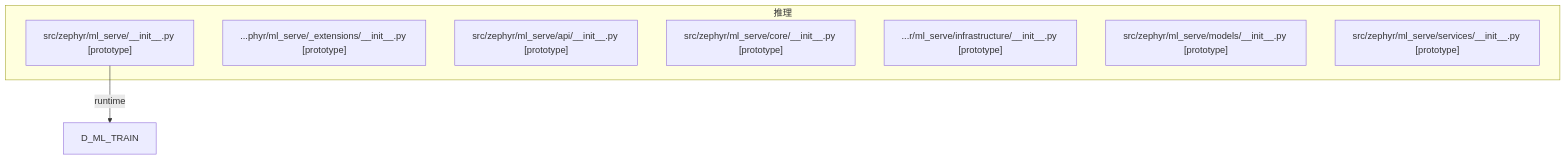
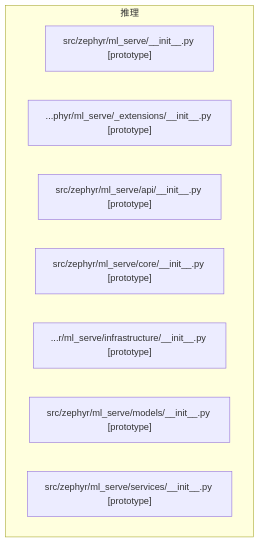
The diagram in docs/02_enterprise_architecture/generated/domains/d_ml_serve_dependency.mmd (xuanFelixVan/ZephyrAlpha), drawn with Mermaid before and after one commit. The commit also changed 126 other files, not shown here.

```diff
--- a/docs/02_enterprise_architecture/generated/domains/d_ml_serve_dependency.mmd
+++ b/docs/02_enterprise_architecture/generated/domains/d_ml_serve_dependency.mmd
@@ -1,30 +1,28 @@
 %% D_ML_SERVE 域全景依赖图
-%% 生成时间: 2026-07-17 15:55:56
+%% 生成时间: 2026-07-17 16:15:25
 %% 数据源: depgraph (PostgreSQL) nodes表 + edges表
-%% 模块数: 7, 依赖边数: 1
+%% 模块数: 7, 依赖边数: 0
 
 graph TD
 
     %% 域内模块（最多显示 100 个）
     subgraph D_ML_SERVE[推理]
         src_zephyr_ml_serve___init___py["src/zephyr/ml_serve/__init__.py [prototype]"]
         src_zephyr_ml_serve__extensions___init___py["...phyr/ml_serve/_extensions/__init__.py [prototype]"]
         src_zephyr_ml_serve_api___init___py["src/zephyr/ml_serve/api/__init__.py [prototype]"]
         src_zephyr_ml_serve_core___init___py["src/zephyr/ml_serve/core/__init__.py [prototype]"]
         src_zephyr_ml_serve_infrastructure___init___py["...r/ml_serve/infrastructure/__init__.py [prototype]"]
         src_zephyr_ml_serve_models___init___py["src/zephyr/ml_serve/models/__init__.py [prototype]"]
         src_zephyr_ml_serve_services___init___py["src/zephyr/ml_serve/services/__init__.py [prototype]"]
     end
 
     %% 域内依赖（最多显示 80 条）
 
     %% 跨域依赖（入）- 最多显示 30 条
 
     %% 跨域依赖（出）- 最多显示 30 条
-    %% D_ML_SERVE -> D_ML_TRAIN (1 条)
-    src_zephyr_ml_serve___init___py -->|runtime| D_ML_TRAIN[D_ML_TRAIN]
 
     %% 统计
     %% 域内依赖: 0 条
     %% 跨域入边: 0 条
-    %% 跨域出边: 1 条
+    %% 跨域出边: 0 条
```
